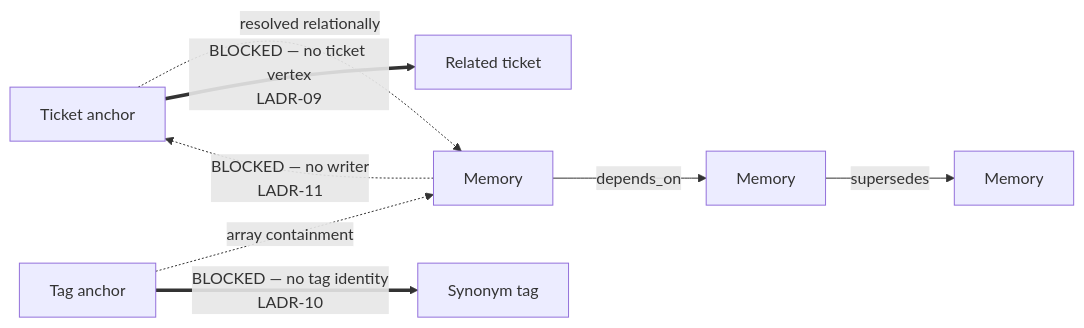
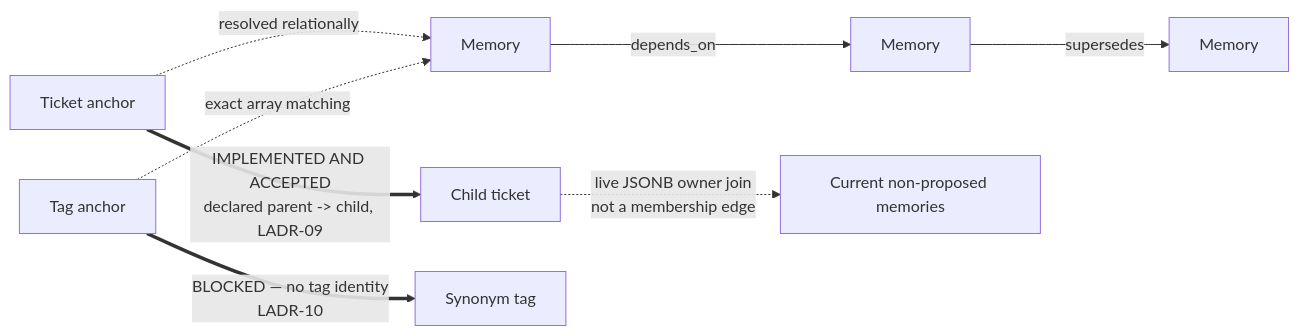
One commit to generic-automation-and-it/smooth-ai-product-context-memory changed the second of 2 diagrams in docs/hlds/005-contextual-export/diagrams/flow-selection-and-composition.md. Above: the diagram before and after it, drawn with Mermaid. The commit also changed other lines of this file and 59 other files, not shown here.

````diff
--- a/docs/hlds/005-contextual-export/diagrams/flow-selection-and-composition.md
+++ b/docs/hlds/005-contextual-export/diagrams/flow-selection-and-composition.md
@@ -56,10 +57,10 @@
 ```mermaid
 flowchart LR
     T["Ticket anchor"] -.->|"resolved relationally"| M1["Memory"]
-    G["Tag anchor"] -.->|"array containment"| M1
+    G["Tag anchor"] -.->|"exact array matching"| M1
     M1 -->|"depends_on"| M2["Memory"]
     M2 -->|"supersedes"| M3["Memory"]
-    T ==>|"BLOCKED — no ticket vertex<br/>LADR-09"| T2["Related ticket"]
+    T ==>|"IMPLEMENTED AND ACCEPTED<br/>declared parent -> child, LADR-09"| T2["Child ticket"]
+    T2 -.->|"live JSONB owner join<br/>not a membership edge"| M4["Current non-proposed memories"]
     G ==>|"BLOCKED — no tag identity<br/>LADR-10"| G2["Synonym tag"]
-    M1 -.->|"BLOCKED — no writer<br/>LADR-11"| T
 ```
````
